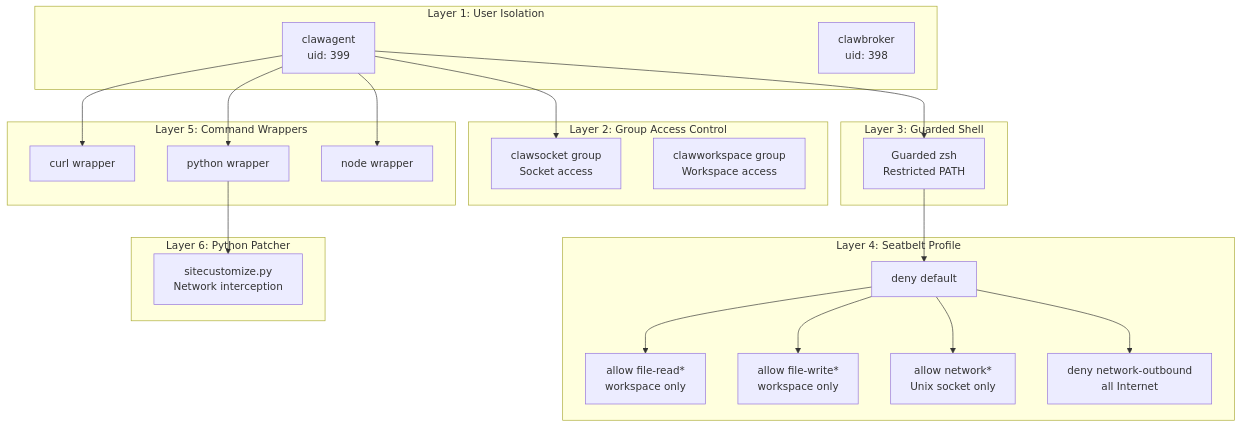
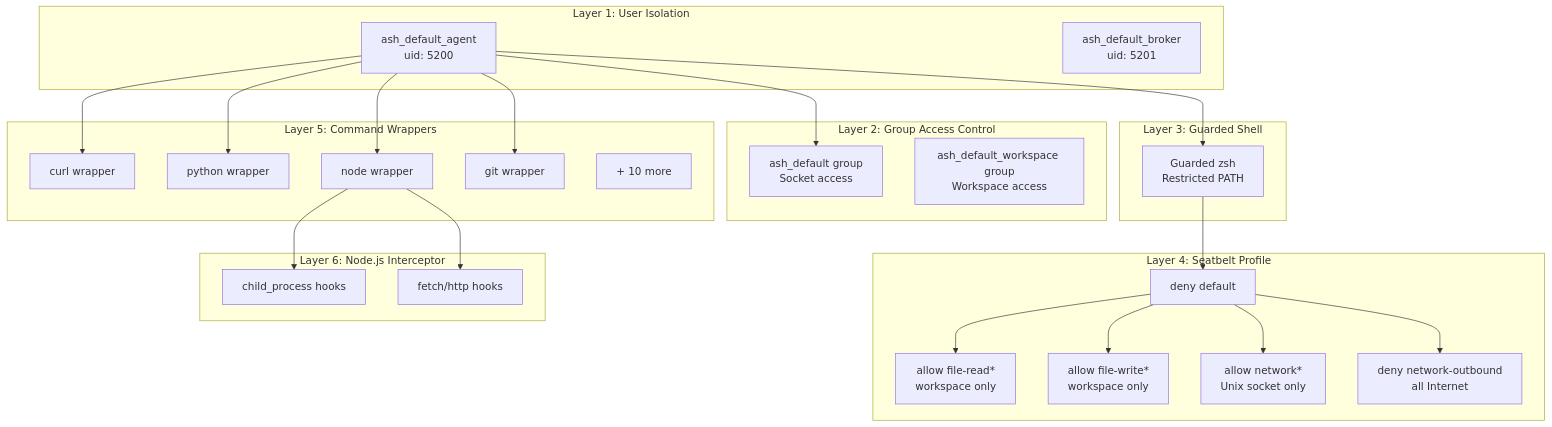
Before and after one commit to agen-co/agenshield: diagram 12 of 13 in ARCHITECTURE.md, drawn with Mermaid. The commit also changed other lines of this file and 89 other files, not shown here.

````diff
--- a/ARCHITECTURE.md
+++ b/ARCHITECTURE.md
@@ -578,48 +721,53 @@
 ```mermaid
 graph TB
     subgraph "Layer 1: User Isolation"
-        Agent[clawagent<br/>uid: 399]
-        Broker[clawbroker<br/>uid: 398]
+        Agent[ash_default_agent<br/>uid: 5200]
+        Broker[ash_default_broker<br/>uid: 5201]
     end
 
     subgraph "Layer 2: Group Access Control"
-        SocketGroup[clawsocket group<br/>Socket access]
-        WorkspaceGroup[clawworkspace group<br/>Workspace access]
+        SocketGroup[ash_default group<br/>Socket access]
+        WorkspaceGroup[ash_default_workspace group<br/>Workspace access]
     end
 
     subgraph "Layer 3: Guarded Shell"
         Shell[Guarded zsh<br/>Restricted PATH]
     end
 
     subgraph "Layer 4: Seatbelt Profile"
         Deny[deny default]
         AllowRead[allow file-read*<br/>workspace only]
         AllowWrite[allow file-write*<br/>workspace only]
         AllowSocket[allow network*<br/>Unix socket only]
         DenyNet[deny network-outbound<br/>all Internet]
     end
 
     subgraph "Layer 5: Command Wrappers"
         Curl[curl wrapper]
         Python[python wrapper]
         Node[node wrapper]
+        Git[git wrapper]
+        More[+ 10 more]
     end
 
-    subgraph "Layer 6: Python Patcher"
-        SiteCustom[sitecustomize.py<br/>Network interception]
+    subgraph "Layer 6: Node.js Interceptor"
+        ChildProc[child_process hooks]
+        FetchHook[fetch/http hooks]
     end
 
     Agent --> SocketGroup
     Agent --> Shell
     Shell --> Deny
     Deny --> AllowRead
     Deny --> AllowWrite
     Deny --> AllowSocket
     Deny --> DenyNet
 
     Agent --> Curl
     Agent --> Python
     Agent --> Node
+    Agent --> Git
 
-    Python --> SiteCustom
+    Node --> ChildProc
+    Node --> FetchHook
 ```
````
